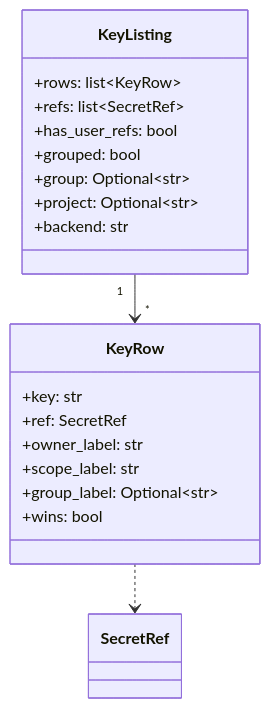
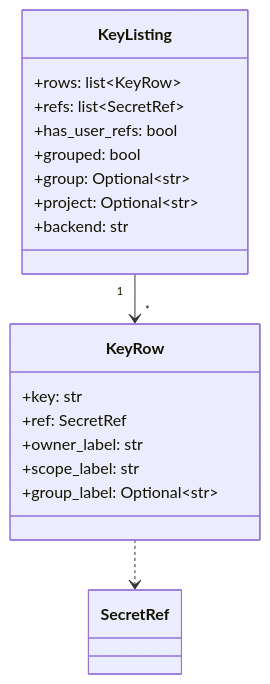
The second of 4 diagrams in docs/specifications/secret-backend.md (devbasex/devbase), drawn with Mermaid before and after one commit. The commit also changed other lines of this file and 13 other files, not shown here.

````diff
--- a/docs/specifications/secret-backend.md
+++ b/docs/specifications/secret-backend.md
@@ -207,22 +206,21 @@
 ```mermaid
 classDiagram
     class KeyRow {
         +key: str
         +ref: SecretRef
         +owner_label: str
         +scope_label: str
         +group_label: Optional~str~
-        +wins: bool
     }
     class KeyListing {
         +rows: list~KeyRow~
         +refs: list~SecretRef~
         +has_user_refs: bool
         +grouped: bool
         +group: Optional~str~
         +project: Optional~str~
         +backend: str
     }
     KeyListing "1" --> "*" KeyRow
     KeyRow ..> SecretRef
 ```
````
